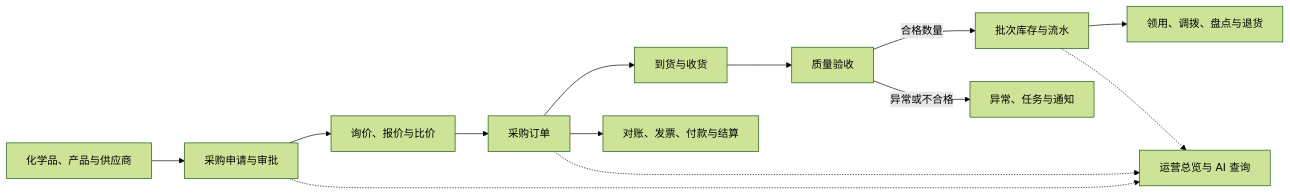
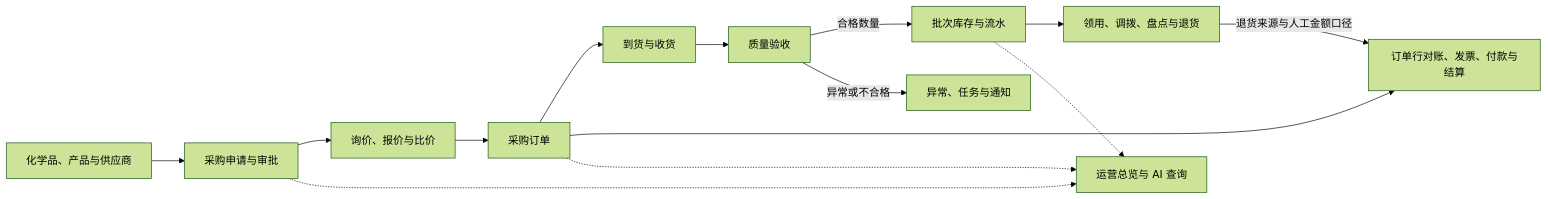
Before and after one commit to jialexiao341-glitch/chemical-ops: the second of 2 diagrams in README.md, drawn with Mermaid (forest theme). The commit also changed other lines of this file and 32 other files, not shown here.

````diff
--- a/README.md
+++ b/README.md
@@ -68,15 +68,16 @@
 ```mermaid
 flowchart LR
     MD[化学品、产品与供应商] --> PR[采购申请与审批]
     PR --> RFQ[询价、报价与比价]
     RFQ --> PO[采购订单]
     PO --> DEL[到货与收货]
     DEL --> QA[质量验收]
     QA -->|合格数量| INV[批次库存与流水]
     QA -->|异常或不合格| EX[异常、任务与通知]
     INV --> WH[领用、调拨、盘点与退货]
-    PO --> FIN[对账、发票、付款与结算]
+    PO --> FIN[订单行对账、发票、付款与结算]
+    WH -->|退货来源与人工金额口径| FIN
     PR -.-> DASH[运营总览与 AI 查询]
     PO -.-> DASH
     INV -.-> DASH
 ```
````
